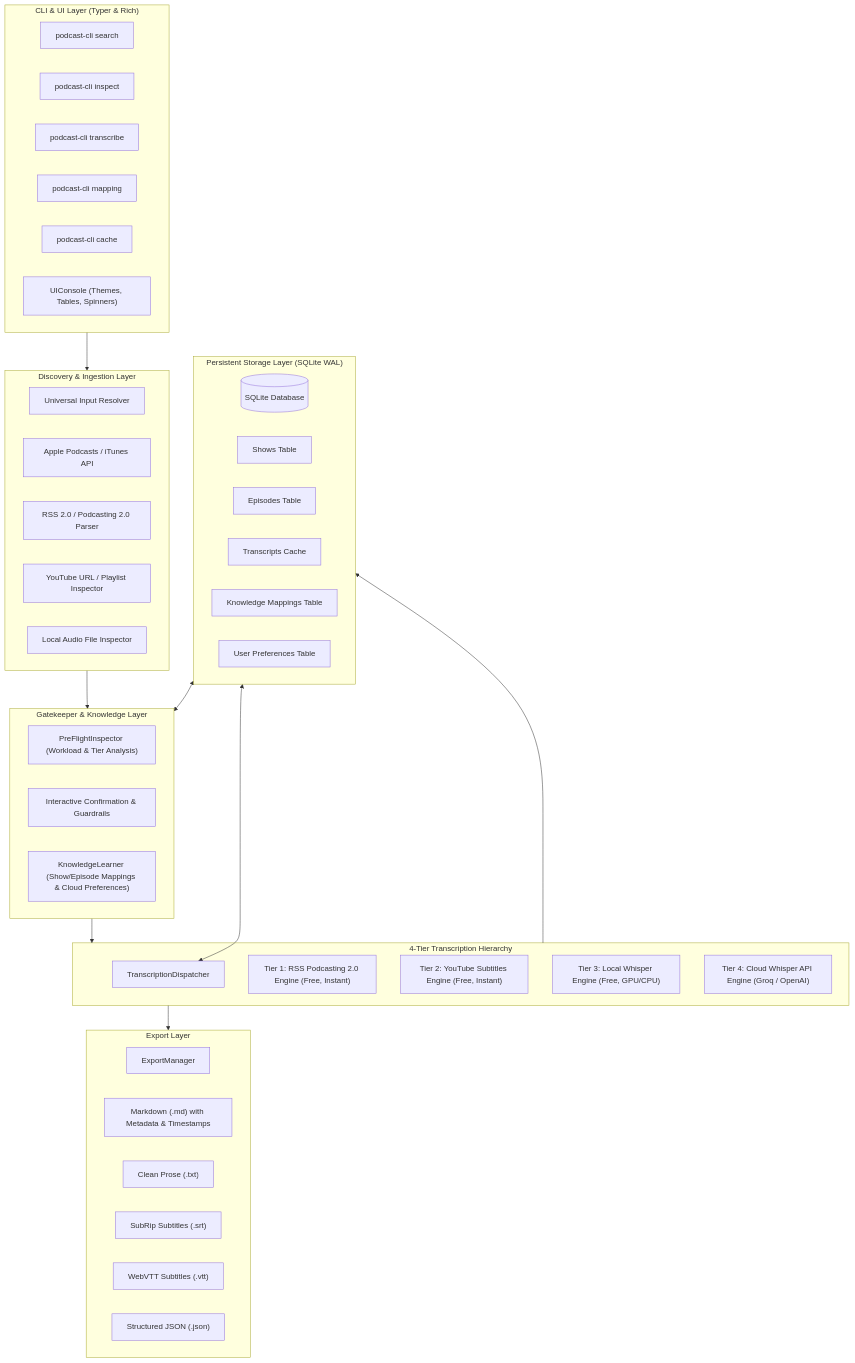
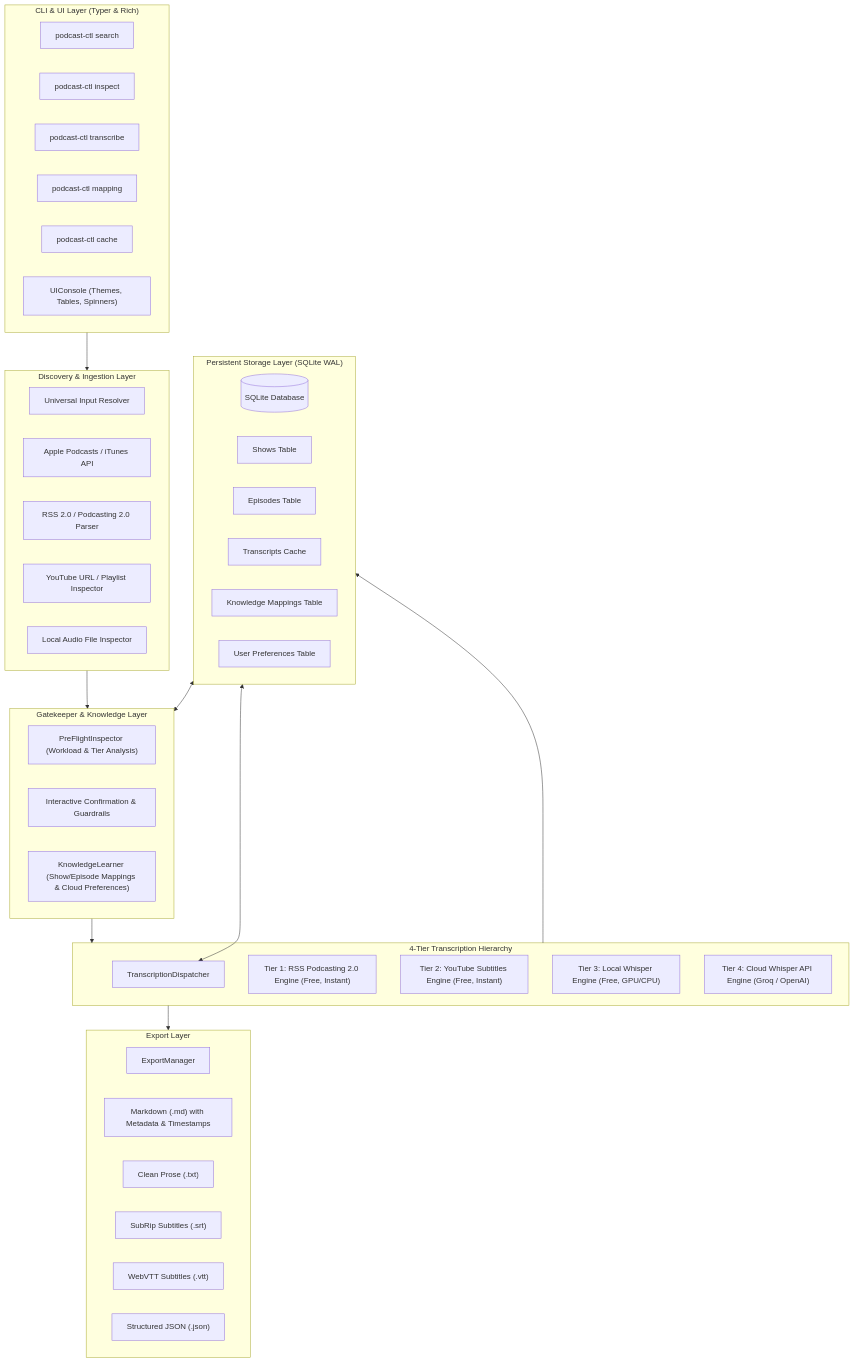
The first of 3 diagrams in docs/ARCHITECTURE.md (jose-oc/podcast-clt), drawn with Mermaid before and after one commit. The commit also changed other lines of this file and 103 other files, not shown here.

Commit message:
Rename project to podcast-ctl and add GitHub Actions CI workflow

````diff
--- a/docs/ARCHITECTURE.md
+++ b/docs/ARCHITECTURE.md
@@ -11,59 +11,59 @@
 ```mermaid
 flowchart TD
     subgraph CLI ["CLI & UI Layer (Typer & Rich)"]
-        CMD_SEARCH["podcast-cli search"]
-        CMD_INSPECT["podcast-cli inspect"]
-        CMD_TRANSCRIBE["podcast-cli transcribe"]
-        CMD_MAPPING["podcast-cli mapping"]
-        CMD_CACHE["podcast-cli cache"]
+        CMD_SEARCH["podcast-ctl search"]
+        CMD_INSPECT["podcast-ctl inspect"]
+        CMD_TRANSCRIBE["podcast-ctl transcribe"]
+        CMD_MAPPING["podcast-ctl mapping"]
+        CMD_CACHE["podcast-ctl cache"]
         UI_CONSOLE["UIConsole (Themes, Tables, Spinners)"]
     end
 
     subgraph Discovery ["Discovery & Ingestion Layer"]
         RESOLVER["Universal Input Resolver"]
         ITUNES["Apple Podcasts / iTunes API"]
         RSS_PARSER["RSS 2.0 / Podcasting 2.0 Parser"]
         YT_RESOLVER["YouTube URL / Playlist Inspector"]
         LOCAL_INSPECT["Local Audio File Inspector"]
     end
 
     subgraph Gatekeeper ["Gatekeeper & Knowledge Layer"]
         INSPECTOR["PreFlightInspector (Workload & Tier Analysis)"]
         PROMPTS["Interactive Confirmation & Guardrails"]
         LEARNER["KnowledgeLearner (Show/Episode Mappings & Cloud Preferences)"]
     end
 
     subgraph Engines ["4-Tier Transcription Hierarchy"]
         DISPATCHER["TranscriptionDispatcher"]
         TIER1["Tier 1: RSS Podcasting 2.0 Engine (Free, Instant)"]
         TIER2["Tier 2: YouTube Subtitles Engine (Free, Instant)"]
         TIER3["Tier 3: Local Whisper Engine (Free, GPU/CPU)"]
         TIER4["Tier 4: Cloud Whisper API Engine (Groq / OpenAI)"]
     end
 
     subgraph Exporters ["Export Layer"]
         EXP_MGR["ExportManager"]
         EXP_MD["Markdown (.md) with Metadata & Timestamps"]
         EXP_TXT["Clean Prose (.txt)"]
         EXP_SRT["SubRip Subtitles (.srt)"]
         EXP_VTT["WebVTT Subtitles (.vtt)"]
         EXP_JSON["Structured JSON (.json)"]
     end
 
     subgraph Storage ["Persistent Storage Layer (SQLite WAL)"]
         DB[(SQLite Database)]
         TBL_SHOWS["Shows Table"]
         TBL_EPS["Episodes Table"]
         TBL_TX["Transcripts Cache"]
         TBL_MAP["Knowledge Mappings Table"]
         TBL_PREF["User Preferences Table"]
     end
 
     CLI --> Discovery
     Discovery --> Gatekeeper
     Gatekeeper --> Engines
     Engines --> Storage
     Engines --> Exporters
     Storage <--> Gatekeeper
     Storage <--> DISPATCHER
 ```
````
